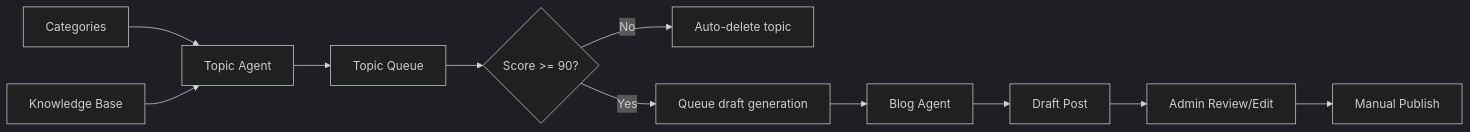
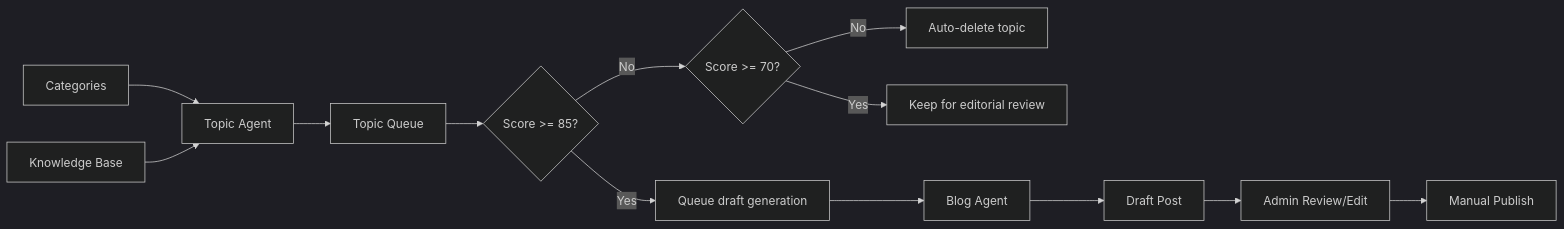
Before and after one commit to shamamit11/wwb-service: the first of 2 diagrams in docs/ARCHITECTURE.md, drawn with Mermaid (dark theme). The commit also changed other lines of this file and 14 other files, not shown here.

````diff
--- a/docs/ARCHITECTURE.md
+++ b/docs/ARCHITECTURE.md
@@ -56,13 +57,15 @@
 ```mermaid
 flowchart LR
     C["Categories"] --> T["Topic Agent"]
     K["Knowledge Base"] --> T
     T --> Q["Topic Queue"]
-    Q --> S{"Score >= 90?"}
-    S -- "No" --> D["Auto-delete topic"]
+    Q --> S{"Score >= 85?"}
+    S -- "No" --> R{"Score >= 70?"}
+    R -- "No" --> D["Auto-delete topic"]
+    R -- "Yes" --> E["Keep for editorial review"]
     S -- "Yes" --> J["Queue draft generation"]
     J --> B["Blog Agent"]
     B --> P["Draft Post"]
     P --> A["Admin Review/Edit"]
     A --> U["Manual Publish"]
 ```
````
